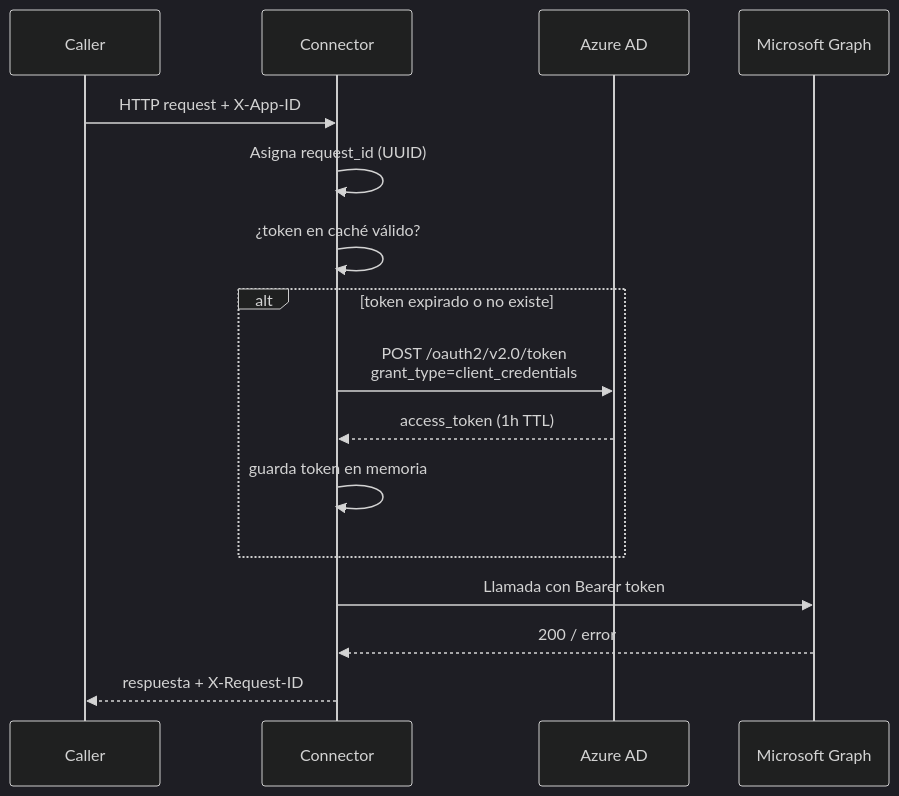
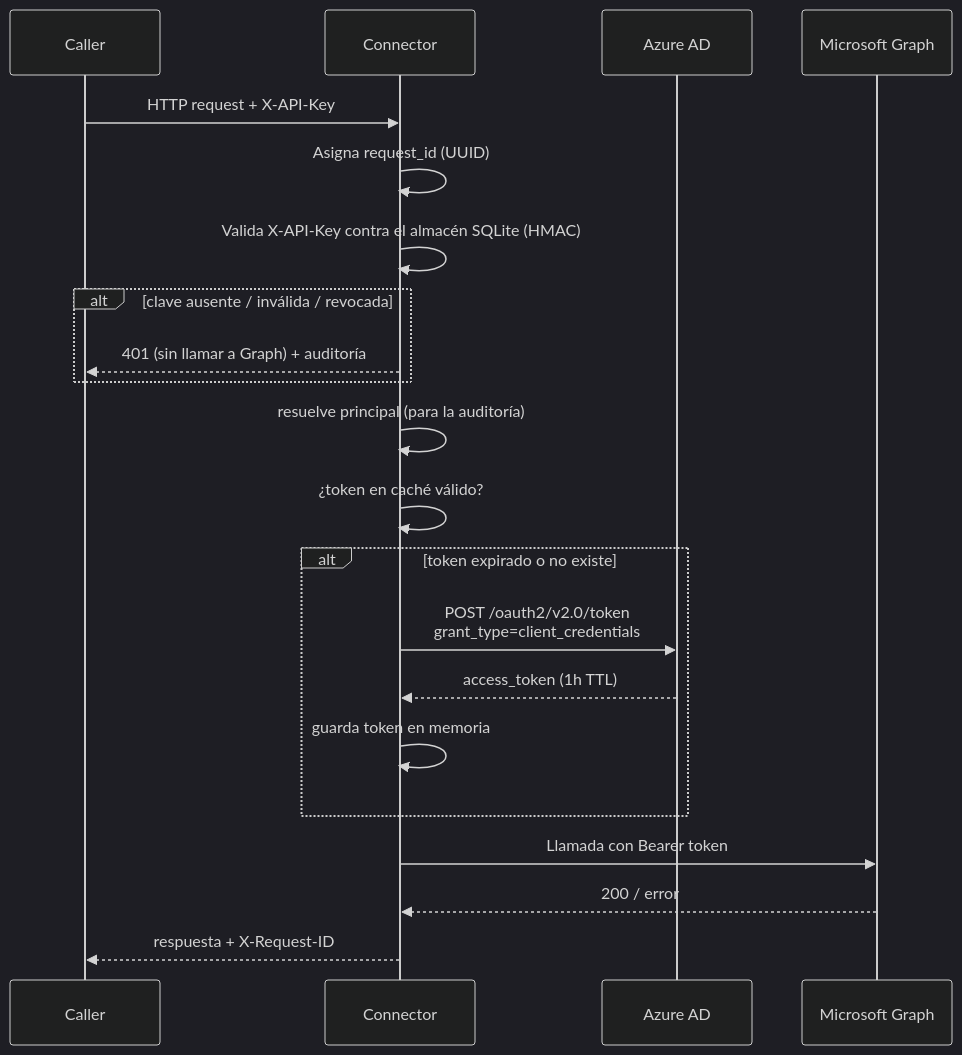
One commit to juclopezal/SharepointConnector changed the fourth of 4 diagrams in ARQUITECTURA.md. Above: the diagram before and after it, drawn with Mermaid (dark theme). The commit also changed other lines of this file and 28 other files, not shown here.

First line of the commit message:
v2.7.0 — Autenticación por clave de API y auditoría (SPEC-005)

````diff
--- a/ARQUITECTURA.md
+++ b/ARQUITECTURA.md
@@ -617,19 +621,24 @@
 ```mermaid
 sequenceDiagram
     participant Caller
     participant Connector
     participant AAD as Azure AD
     participant Graph as Microsoft Graph
 
-    Caller->>Connector: HTTP request + X-App-ID
+    Caller->>Connector: HTTP request + X-API-Key
     Connector->>Connector: Asigna request_id (UUID)
+    Connector->>Connector: Valida X-API-Key contra el almacén SQLite (HMAC)
+    alt clave ausente / inválida / revocada
+        Connector-->>Caller: 401 (sin llamar a Graph) + auditoría
+    end
+    Connector->>Connector: resuelve principal (para la auditoría)
     Connector->>Connector: ¿token en caché válido?
     alt token expirado o no existe
         Connector->>AAD: POST /oauth2/v2.0/token<br/>grant_type=client_credentials
         AAD-->>Connector: access_token (1h TTL)
         Connector->>Connector: guarda token en memoria
     end
     Connector->>Graph: Llamada con Bearer token
     Graph-->>Connector: 200 / error
     Connector-->>Caller: respuesta + X-Request-ID
 ```
````
